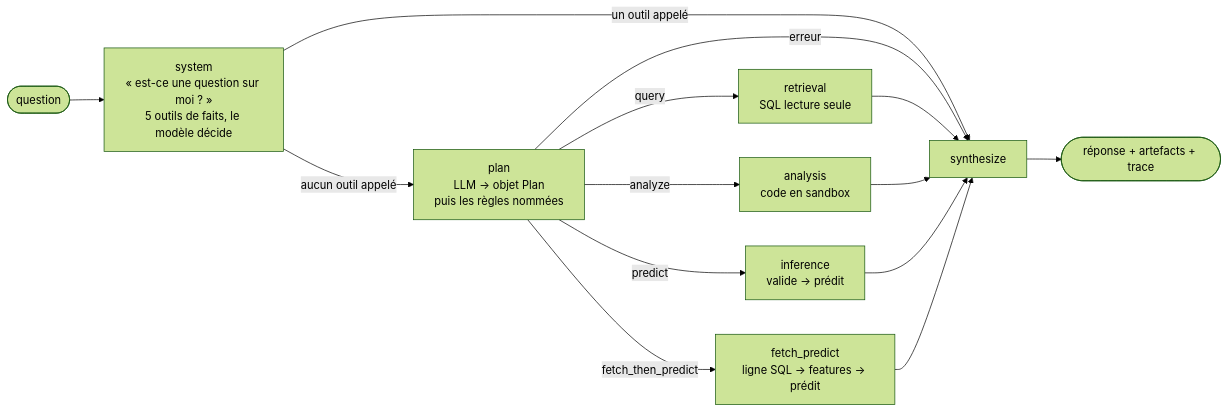
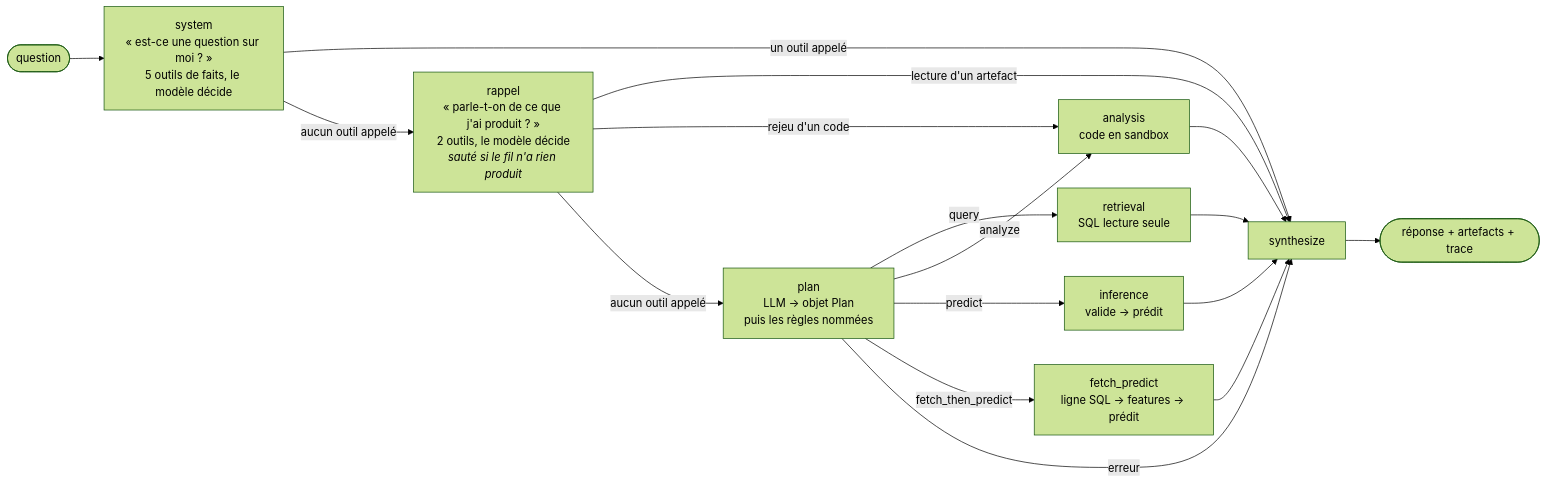
The second of 3 diagrams in docs/ARCHITECTURE.md (floSa/data-analyst-agent), drawn with Mermaid (forest theme) before and after one commit. The commit also changed other lines of this file and 1 other file, not shown here.

````diff
--- a/docs/ARCHITECTURE.md
+++ b/docs/ARCHITECTURE.md
@@ -68,16 +68,19 @@
 ```mermaid
 flowchart LR
     Q(["question"]) --> SYS["system<br/>« est-ce une question sur moi ? »<br/>5 outils de faits, le modèle décide"]
     SYS -->|"un outil appelé"| SYN["synthesize"]
-    SYS -->|"aucun outil appelé"| PLAN["plan<br/>LLM → objet Plan<br/>puis les règles nommées"]
+    SYS -->|"aucun outil appelé"| RAP["rappel<br/>« parle-t-on de ce que j'ai produit ? »<br/>2 outils, le modèle décide<br/><i>sauté si le fil n'a rien produit</i>"]
+    RAP -->|"lecture d'un artefact"| SYN
+    RAP -->|"rejeu d'un code"| ANAL
+    RAP -->|"aucun outil appelé"| PLAN["plan<br/>LLM → objet Plan<br/>puis les règles nommées"]
     PLAN -->|"query"| RETR["retrieval<br/>SQL lecture seule"]
     PLAN -->|"analyze"| ANAL["analysis<br/>code en sandbox"]
     PLAN -->|"predict"| INFE["inference<br/>valide → prédit"]
     PLAN -->|"fetch_then_predict"| FP["fetch_predict<br/>ligne SQL → features → prédit"]
     PLAN -->|"erreur"| SYN
     RETR --> SYN
     ANAL --> SYN
     INFE --> SYN
     FP --> SYN
     SYN --> R(["réponse + artefacts + trace"])
 ```
````
